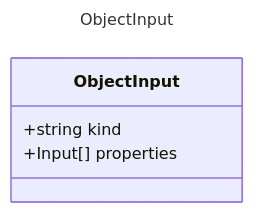
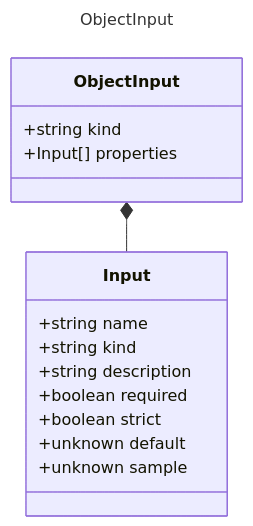
The diagram in specification/prompty/docs/ObjectInput.md (microsoft/prompty), drawn with Mermaid before and after one commit. The commit also changed 12 other files, not shown here.

Commit message:
renforced compositional types into diagrams

````diff
--- a/specification/prompty/docs/ObjectInput.md
+++ b/specification/prompty/docs/ObjectInput.md
@@ -8,10 +8,20 @@
 ```mermaid
 ---
 title: ObjectInput
 ---
 classDiagram
     class ObjectInput {
         +string kind
         +Input[] properties
     }
+    class Input {
+        +string name
+        +string kind
+        +string description
+        +boolean required
+        +boolean strict
+        +unknown default
+        +unknown sample
+    }
+    ObjectInput *-- Input
 ```
````
